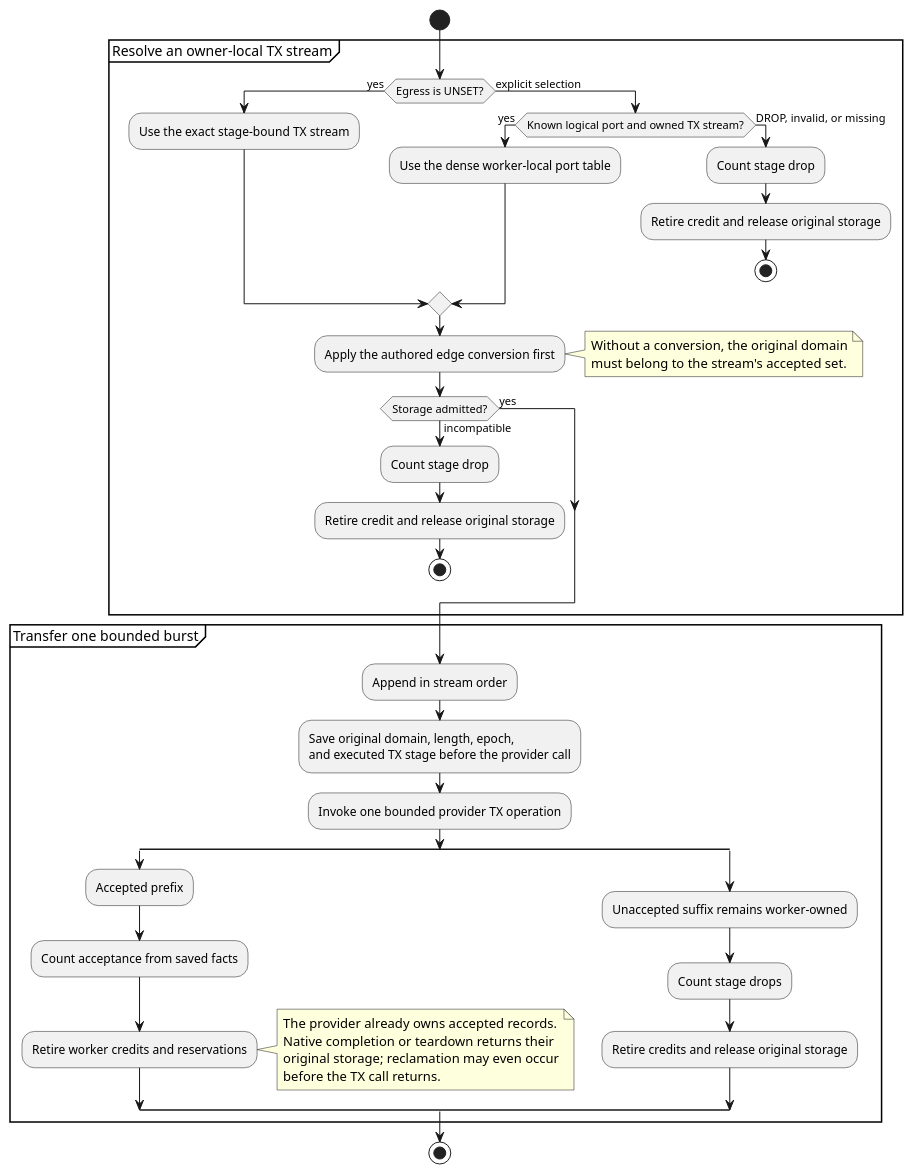
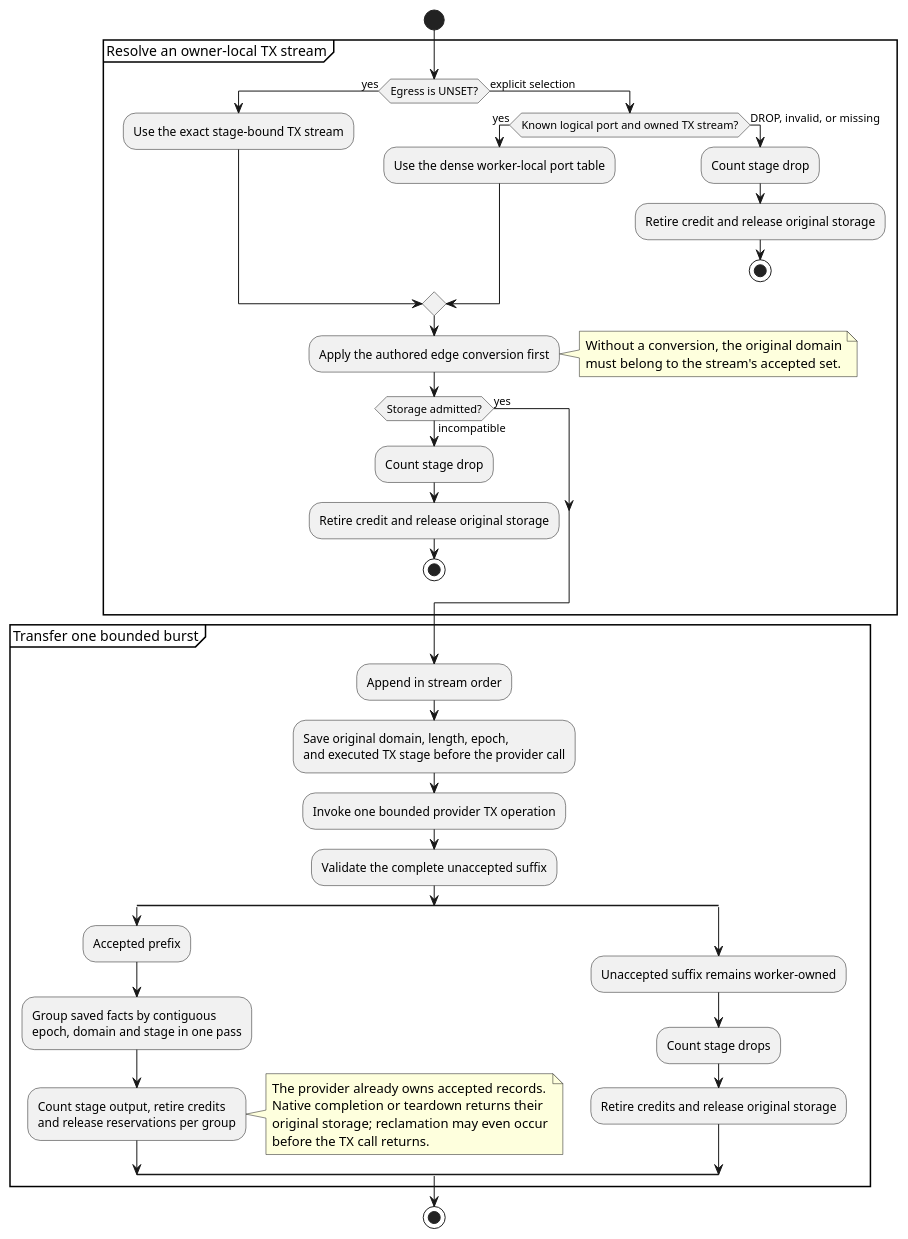
Diagram 28 of 30 in docs/diagrams/platform_architecture.md (flemingpatel/kinetum), drawn with PlantUML before and after one commit. The commit also changed other lines of this file and 17 other files, not shown here.

````diff
--- a/docs/diagrams/platform_architecture.md
+++ b/docs/diagrams/platform_architecture.md
@@ -2286,51 +2298,54 @@
 ```{uml}
 @startuml
 start
 partition "Resolve an owner-local TX stream" {
     if (Egress is UNSET?) then (yes)
         :Use the exact stage-bound TX stream;
     else (explicit selection)
         if (Known logical port and owned TX stream?) then (yes)
             :Use the dense worker-local port table;
         else (DROP, invalid, or missing)
             :Count stage drop;
             :Retire credit and release original storage;
             stop
         endif
     endif
     :Apply the authored edge conversion first;
     note right
       Without a conversion, the original domain
       must belong to the stream's accepted set.
     end note
     if (Storage admitted?) then (yes)
     else (incompatible)
         :Count stage drop;
         :Retire credit and release original storage;
         stop
     endif
 }
 partition "Transfer one bounded burst" {
     :Append in stream order;
     :Save original domain, length, epoch,
     and executed TX stage before the provider call;
     :Invoke one bounded provider TX operation;
+    :Validate the complete unaccepted suffix;
     split
         :Accepted prefix;
-        :Count acceptance from saved facts;
-        :Retire worker credits and reservations;
+        :Group saved facts by contiguous
+        epoch, domain and stage in one pass;
+        :Count stage output, retire credits
+        and release reservations per group;
         note right
           The provider already owns accepted records.
           Native completion or teardown returns their
           original storage; reclamation may even occur
           before the TX call returns.
         end note
     split again
         :Unaccepted suffix remains worker-owned;
         :Count stage drops;
         :Retire credits and release original storage;
     end split
 }
 stop
 @enduml
 ```
````
